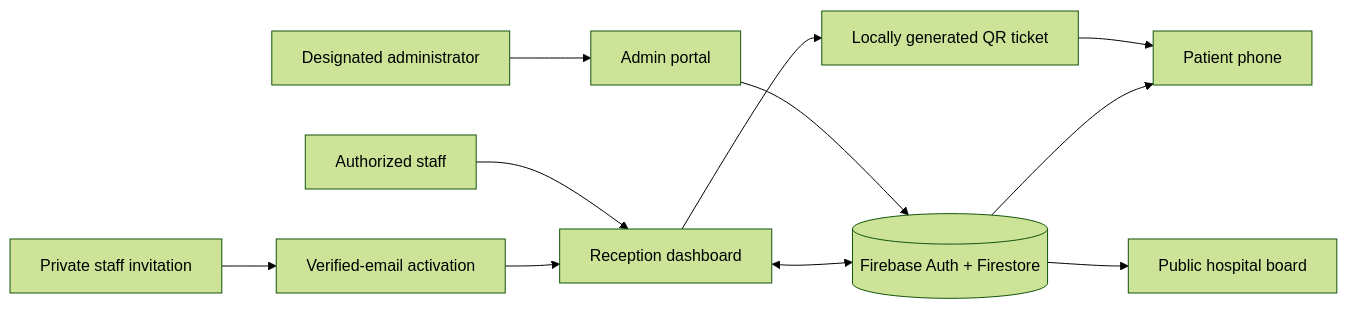
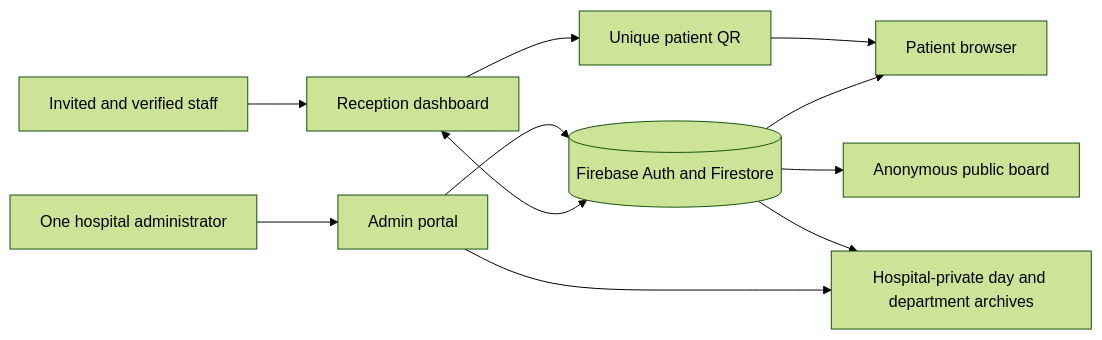
One commit to NittinChughani/TurnAhead changed the diagram in README.md. Above: the diagram before and after it, drawn with Mermaid (forest theme). The commit also changed other lines of this file and 21 other files, not shown here.

Commit message:
feat: v2.3 — synchronized named tickets, dated patient archives, staff profiles and live clock

````diff
--- a/README.md
+++ b/README.md
@@ -126,13 +147,13 @@
 ```mermaid
 flowchart LR
-    A[Designated administrator] --> AD[Admin portal]
-    S[Authorized staff] --> R[Reception dashboard]
-    I[Private staff invitation] --> V[Verified-email activation]
-    V --> R
-    AD --> F[(Firebase Auth + Firestore)]
-    R <--> F
-    R --> Q[Locally generated QR ticket]
-    Q --> P[Patient phone]
-    F --> P
-    F --> B[Public hospital board]
+  A[One hospital administrator] --> AP[Admin portal]
+  S[Invited and verified staff] --> D[Reception dashboard]
+  AP --> F[(Firebase Auth and Firestore)]
+  D <--> F
+  D --> QR[Unique patient QR]
+  QR --> P[Patient browser]
+  F --> P
+  F --> B[Anonymous public board]
+  F --> H[Hospital-private day and department archives]
+  AP --> H
 ```
````
